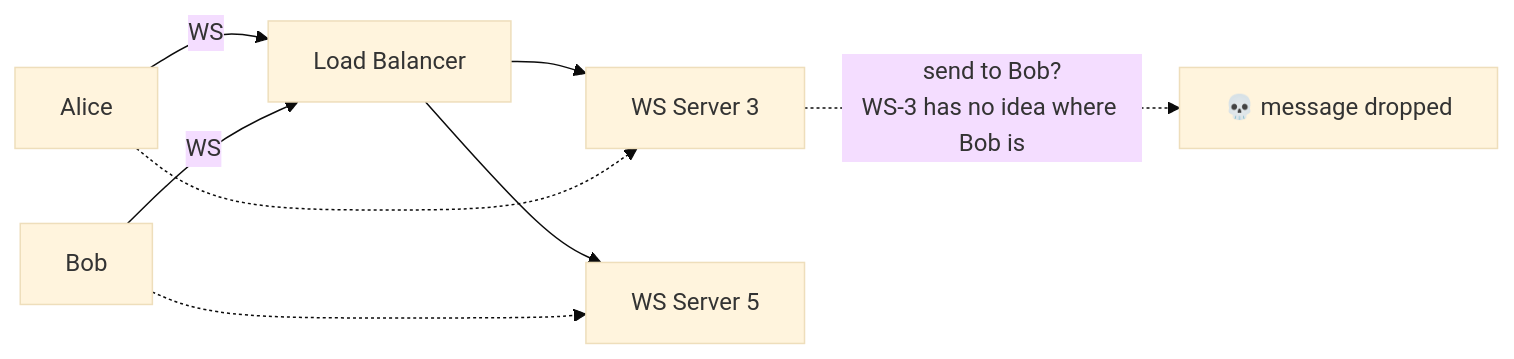
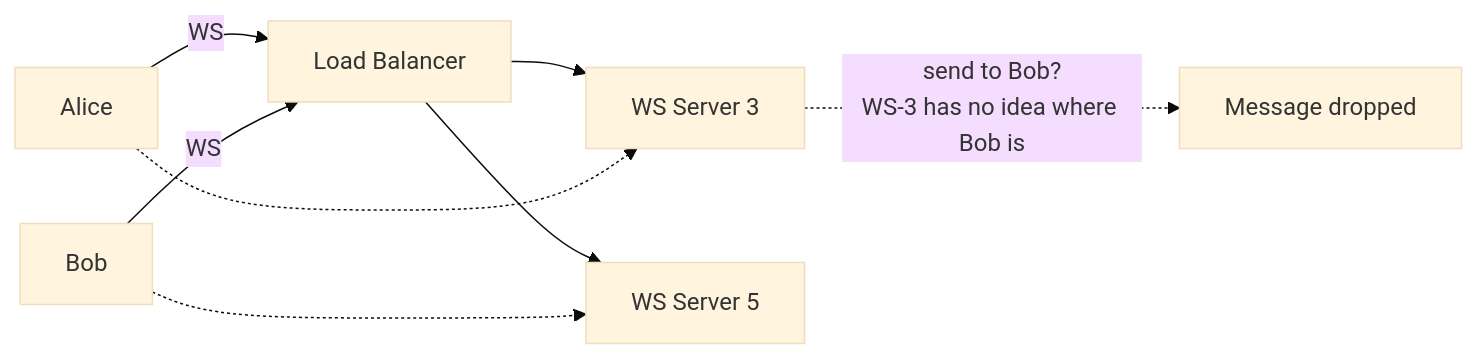
One commit to riyaz-pasha/Learnings changed the fifth of 19 diagrams in system-design/HLD/0-course/36-WhatsApp-FAANG-Guide-story.md. Above: the diagram before and after it, drawn with Mermaid (base theme). The commit also changed other lines of this file and 5 other files, not shown here.

Commit message:
[REWRITE] Design Newsfeed story guide: simplify prose, add structure, fix diagrams

````diff
--- a/system-design/HLD/0-course/36-WhatsApp-FAANG-Guide-story.md
+++ b/system-design/HLD/0-course/36-WhatsApp-FAANG-Guide-story.md
@@ -94,10 +215,10 @@
 ```mermaid
 flowchart LR
-    A[Alice] -- WS --> LB[Load Balancer]
-    B[Bob] -- WS --> LB
-    LB --> WS3[WS Server 3]
-    LB --> WS5[WS Server 5]
+    A["Alice"] -- WS --> LB["Load Balancer"]
+    B["Bob"] -- WS --> LB
+    LB --> WS3["WS Server 3"]
+    LB --> WS5["WS Server 5"]
     A -.-> WS3
     B -.-> WS5
-    WS3 -.->|"send to Bob?<br/>WS-3 has no idea where Bob is"| X[💀 message dropped]
+    WS3 -.->|"send to Bob?<br/>WS-3 has no idea where Bob is"| X["Message dropped"]
 ```
````
